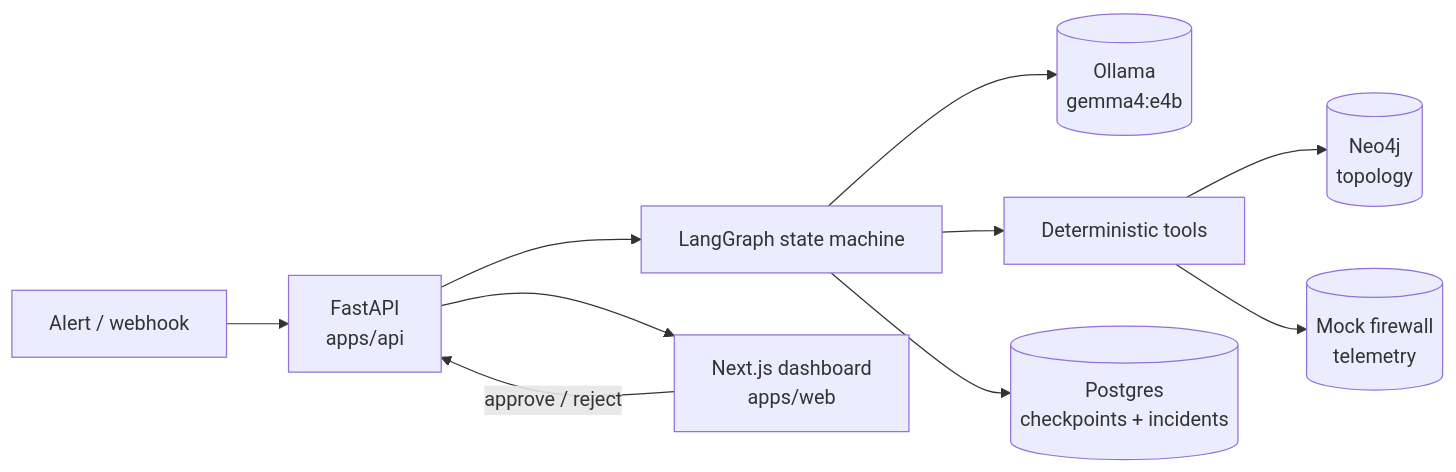
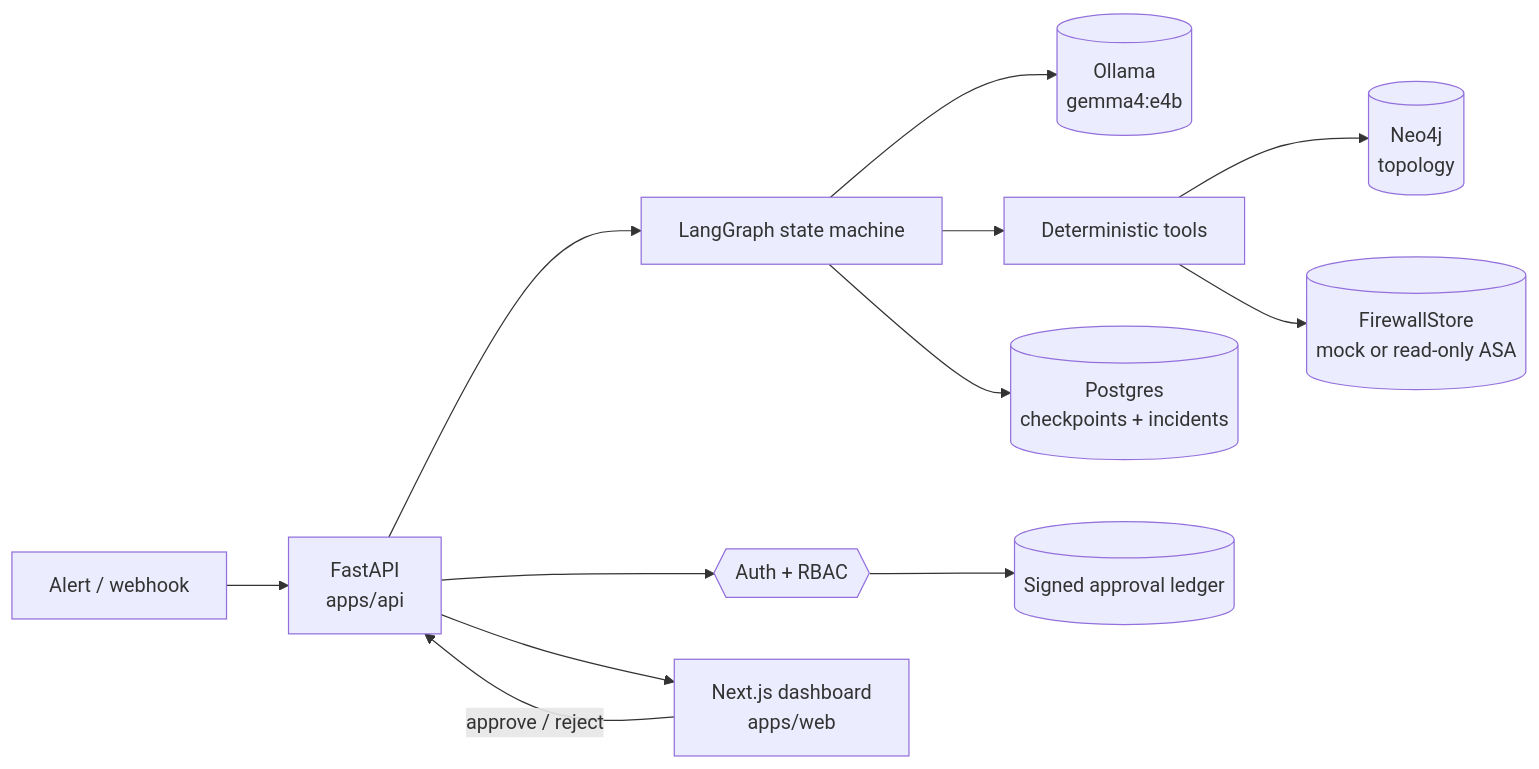
Before and after one commit to siqah/ZeroNode: the diagram in docs/how-it-works.md, drawn with Mermaid. The commit also changed other lines of this file and 86 other files, not shown here.

````diff
--- a/docs/how-it-works.md
+++ b/docs/how-it-works.md
@@ -32,12 +32,14 @@
 ```mermaid
 flowchart LR
     Alert[Alert / webhook] --> API[FastAPI<br/>apps/api]
     API --> Graph[LangGraph state machine]
     Graph --> Ollama[(Ollama<br/>gemma4:e4b)]
     Graph --> Tools[Deterministic tools]
     Tools --> Neo4j[(Neo4j<br/>topology)]
-    Tools --> Mocks[(Mock firewall<br/>telemetry)]
+    Tools --> FW[(FirewallStore<br/>mock or read-only ASA)]
     Graph --> PG[(Postgres<br/>checkpoints + incidents)]
+    API --> Auth{{Auth + RBAC}}
+    Auth --> Ledger[(Signed approval ledger)]
     API --> Web[Next.js dashboard<br/>apps/web]
     Web -->|approve / reject| API
 ```
````
